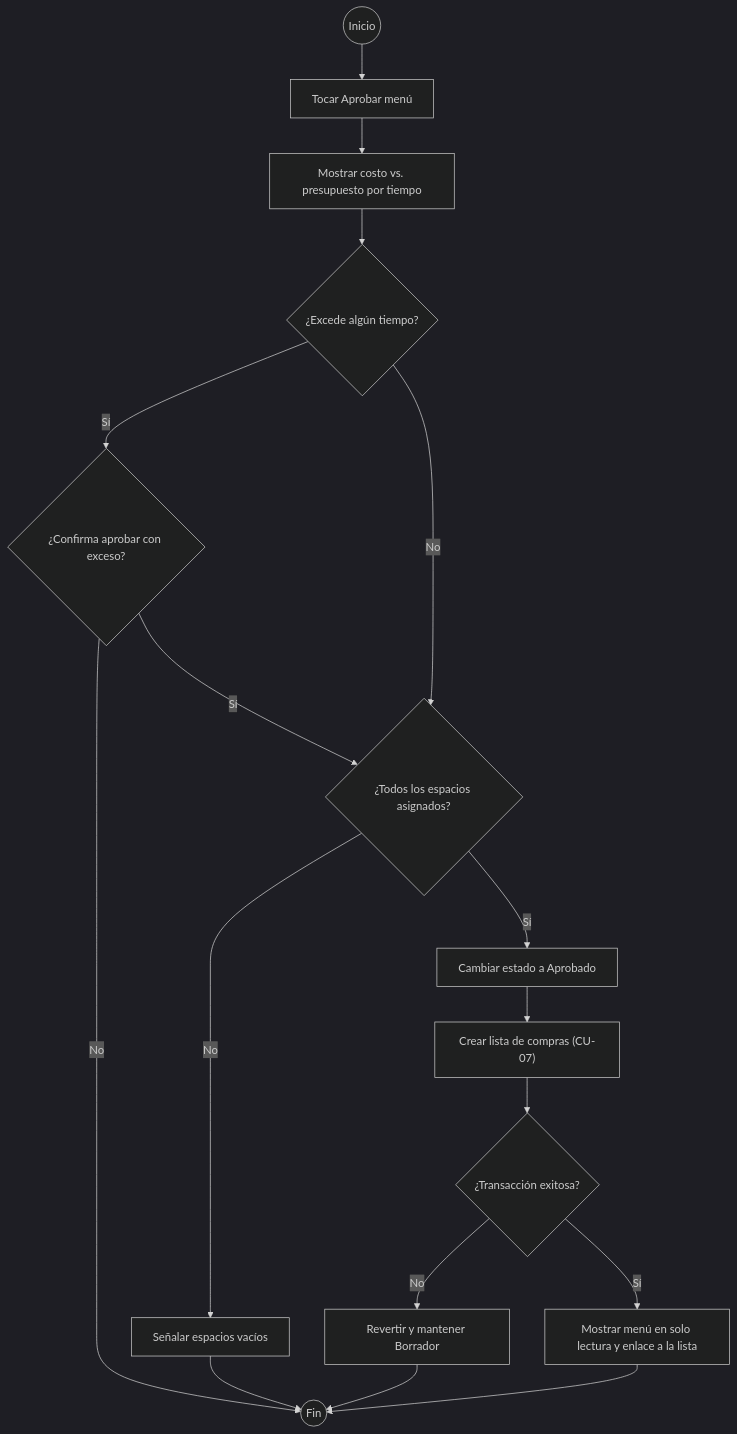
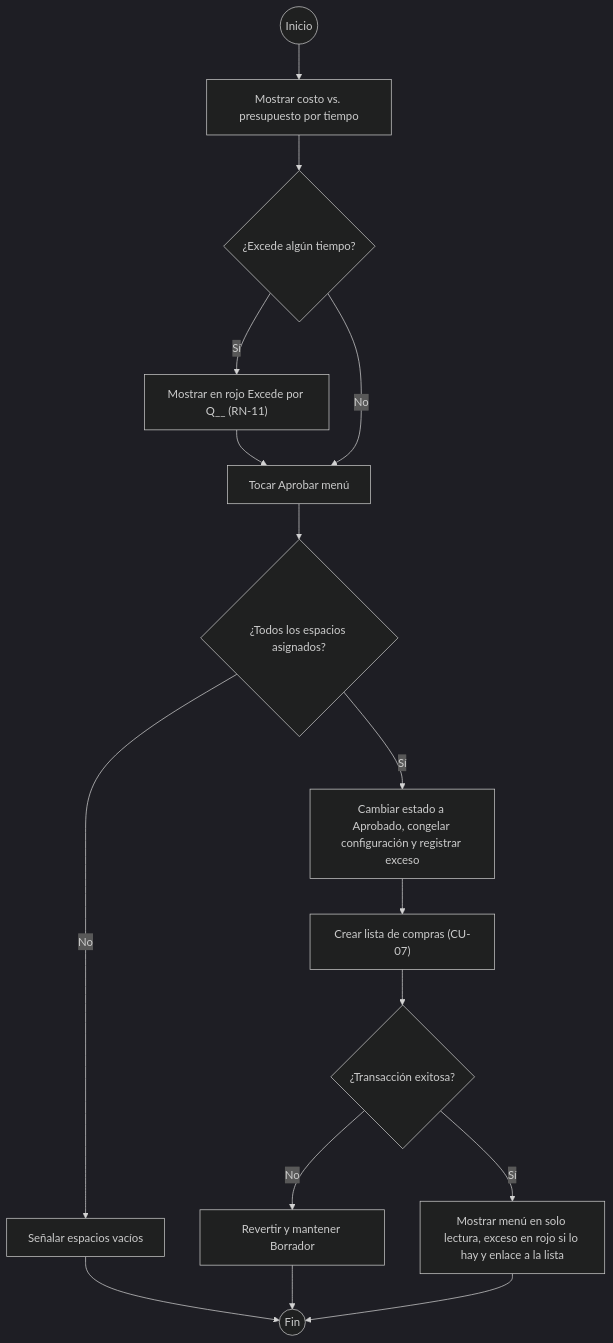
The fifth of 10 diagrams in docs/01-requerimientos/historias/M06-plan-semanal.md (devrenerosales/App_Comidas), drawn with Mermaid (dark theme) before and after one commit. The commit also changed other lines of this file and 11 other files, not shown here.

````diff
--- a/docs/01-requerimientos/historias/M06-plan-semanal.md
+++ b/docs/01-requerimientos/historias/M06-plan-semanal.md
@@ -197,17 +199,16 @@
 ```mermaid
 flowchart TD
-  INI(("Inicio")) --> A["Tocar Aprobar menú"]
-  A --> B["Mostrar costo vs. presupuesto por tiempo"]
+  INI(("Inicio")) --> B["Mostrar costo vs. presupuesto por tiempo"]
   B --> C{"¿Excede algún tiempo?"}
-  C -- Sí --> D{"¿Confirma aprobar con exceso?"}
-  D -- No --> FIN(("Fin"))
-  D -- Sí --> E{"¿Todos los espacios asignados?"}
-  C -- No --> E
-  E -- No --> X["Señalar espacios vacíos"] --> FIN
-  E -- Sí --> F["Cambiar estado a Aprobado"]
+  C -- Sí --> D["Mostrar en rojo Excede por Q__ (RN-11)"]
+  D --> A["Tocar Aprobar menú"]
+  C -- No --> A
+  A --> E{"¿Todos los espacios asignados?"}
+  E -- No --> X["Señalar espacios vacíos"] --> FIN(("Fin"))
+  E -- Sí --> F["Cambiar estado a Aprobado, congelar configuración y registrar exceso"]
   F --> G["Crear lista de compras (CU-07)"]
   G --> H{"¿Transacción exitosa?"}
   H -- No --> R["Revertir y mantener Borrador"] --> FIN
-  H -- Sí --> I["Mostrar menú en solo lectura y enlace a la lista"]
+  H -- Sí --> I["Mostrar menú en solo lectura, exceso en rojo si lo hay y enlace a la lista"]
   I --> FIN
 ```
````
